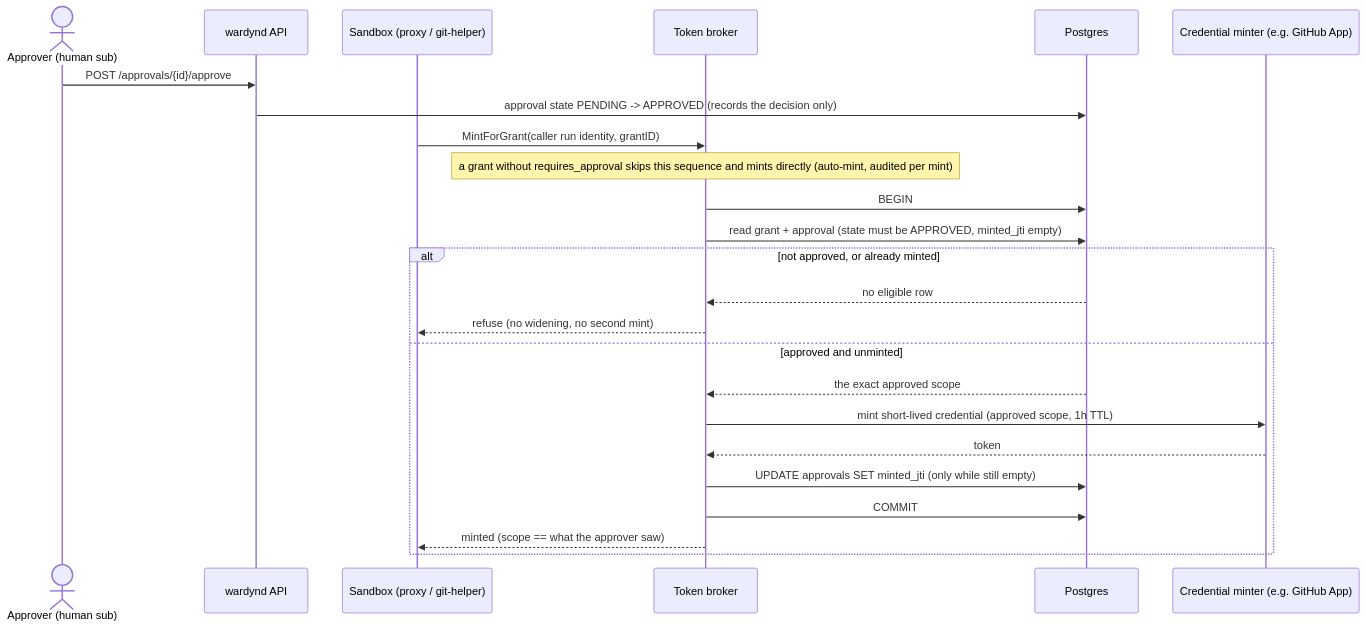
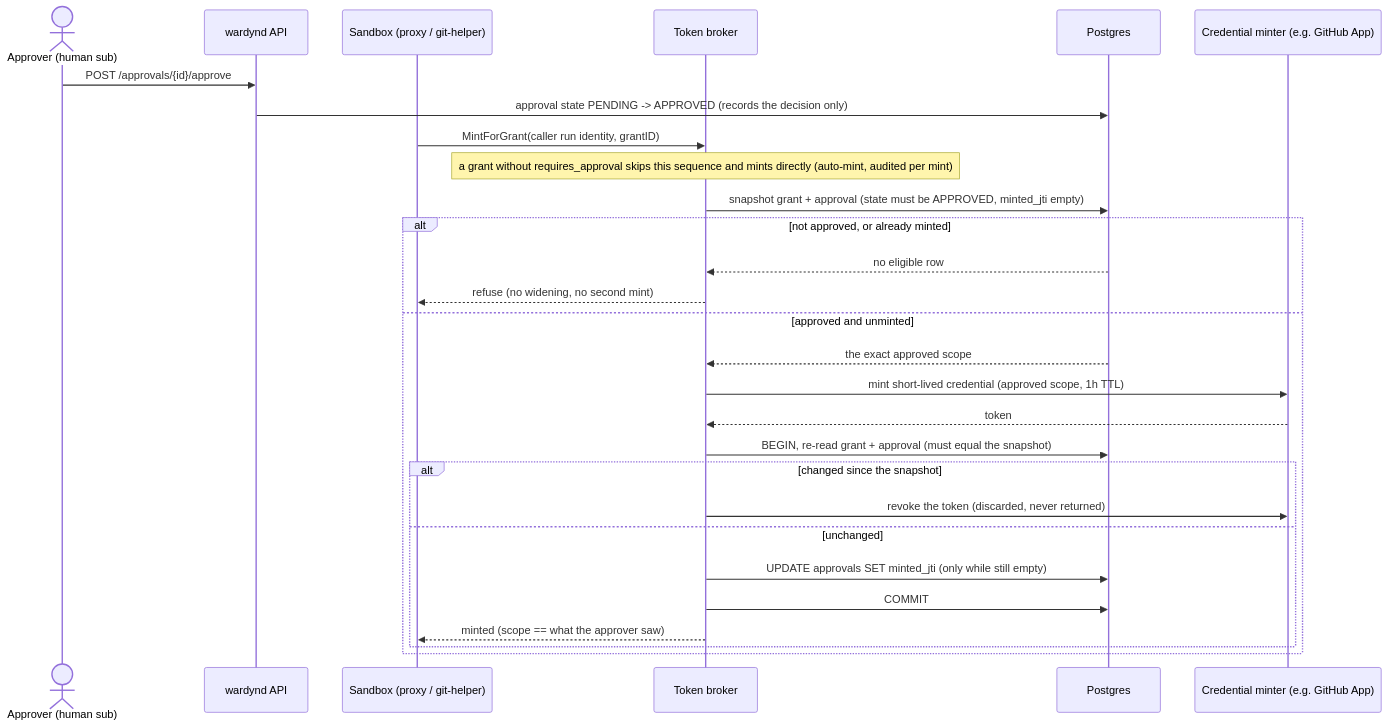
The third of 3 diagrams in ARCHITECTURE.md (cjohnstoniv/wardyn), drawn with Mermaid before and after one commit. The commit also changed other lines of this file and 3 other files, not shown here.

Commit message:
docs(broker): describe the snapshot-then-commit approval order and the CLI grant's scope (#2759, #2756)

````diff
--- a/ARCHITECTURE.md
+++ b/ARCHITECTURE.md
@@ -472,26 +473,30 @@
 ```mermaid
 sequenceDiagram
   actor Op as Approver (human sub)
   participant API as wardynd API
   participant Sbx as Sandbox (proxy / git-helper)
   participant Br as Token broker
   participant DB as Postgres
   participant M as Credential minter (e.g. GitHub App)
   Op->>API: POST /approvals/{id}/approve
   API->>DB: approval state PENDING -> APPROVED (records the decision only)
   Sbx->>Br: MintForGrant(caller run identity, grantID)
   Note over Br: a grant without requires_approval skips this sequence and mints directly (auto-mint, audited per mint)
-  Br->>DB: BEGIN
-  Br->>DB: read grant + approval (state must be APPROVED, minted_jti empty)
+  Br->>DB: snapshot grant + approval (state must be APPROVED, minted_jti empty)
   alt not approved, or already minted
     DB-->>Br: no eligible row
     Br-->>Sbx: refuse (no widening, no second mint)
   else approved and unminted
     DB-->>Br: the exact approved scope
     Br->>M: mint short-lived credential (approved scope, 1h TTL)
     M-->>Br: token
-    Br->>DB: UPDATE approvals SET minted_jti (only while still empty)
-    Br->>DB: COMMIT
-    Br-->>Sbx: minted (scope == what the approver saw)
+    Br->>DB: BEGIN, re-read grant + approval (must equal the snapshot)
+    alt changed since the snapshot
+      Br->>M: revoke the token (discarded, never returned)
+    else unchanged
+      Br->>DB: UPDATE approvals SET minted_jti (only while still empty)
+      Br->>DB: COMMIT
+      Br-->>Sbx: minted (scope == what the approver saw)
+    end
   end
 ```
````
